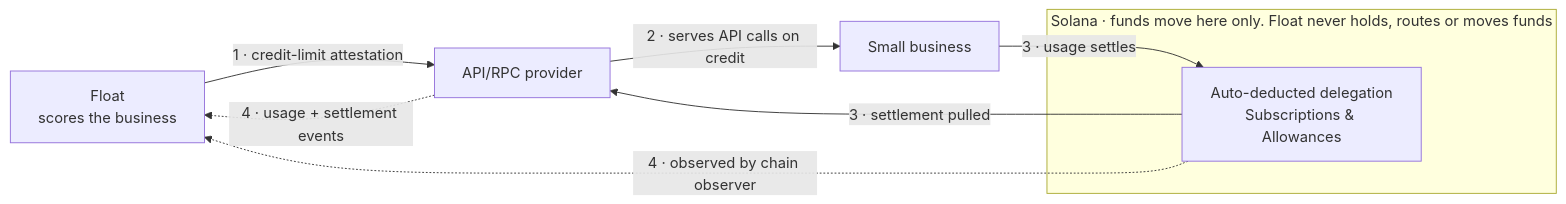
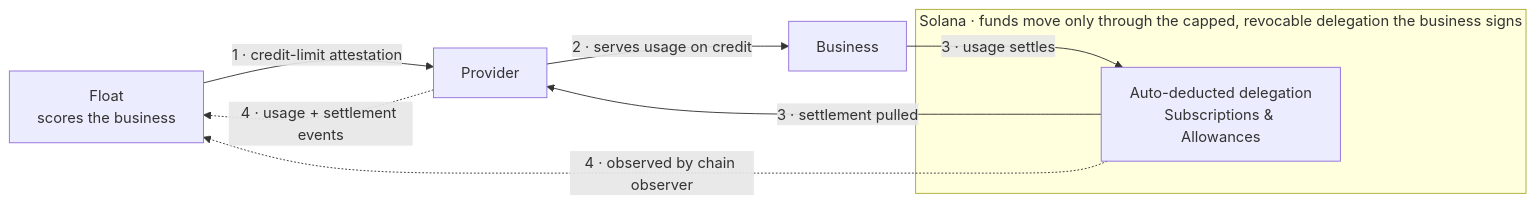
Before and after one commit to Samisha68/Float_website: the first of 3 diagrams in src/docs/content/proof-of-concept.mdx, drawn with Mermaid. The commit also changed other lines of this file and 3 other files, not shown here.

````diff
--- a/src/docs/content/proof-of-concept.mdx
+++ b/src/docs/content/proof-of-concept.mdx
@@ -29,15 +26,15 @@
 ```mermaid
 flowchart LR
   F["Float<br/>scores the business"]
-  SP["API/RPC provider"]
-  B["Small business"]
-  subgraph SOL["Solana · funds move here only. Float never holds, routes or moves funds"]
+  SP["Provider"]
+  B["Business"]
+  subgraph SOL["Solana · funds move only through the capped, revocable delegation the business signs"]
     D["Auto-deducted delegation<br/>Subscriptions & Allowances"]
   end
   F -->|"1 · credit-limit attestation"| SP
-  SP -->|"2 · serves API calls on credit"| B
+  SP -->|"2 · serves usage on credit"| B
   B -->|"3 · usage settles"| D
   D -->|"3 · settlement pulled"| SP
   SP -.->|"4 · usage + settlement events"| F
   D -.->|"4 · observed by chain observer"| F
 ```
````
